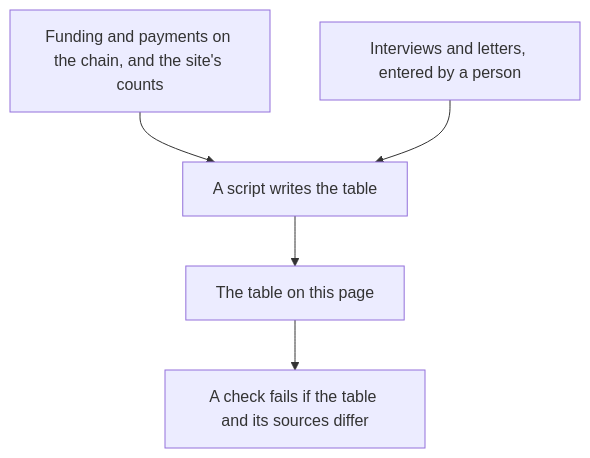
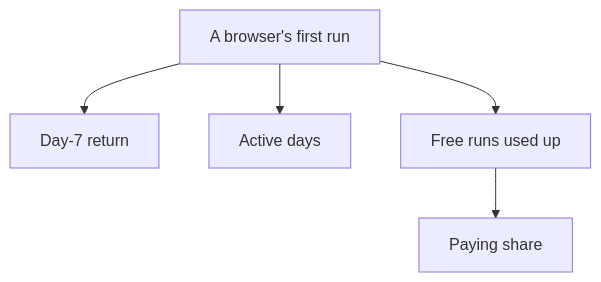
One commit to drexthealpha/Knos changed the diagram in docs/NUMBERS.md. Above: the diagram before and after it, drawn with Mermaid. The commit also changed other lines of this file and 34 other files, not shown here.

````diff
--- a/docs/NUMBERS.md
+++ b/docs/NUMBERS.md
@@ -45,11 +13,11 @@
 ```mermaid
 flowchart TB
-    chain["Funding and payments on the chain, and the site's counts"]
-    hand["Interviews and letters, entered by a person"]
-    script["A script writes the table"]
-    table["The table on this page"]
-    check["A check fails if the table and its sources differ"]
-    chain --> script
-    hand --> script
-    script --> table --> check
+    first["A browser's first run"]
+    back["Day-7 return"]
+    days["Active days"]
+    used["Free runs used up"]
+    pay["Paying share"]
+    first --> back
+    first --> days
+    first --> used --> pay
 ```
````
